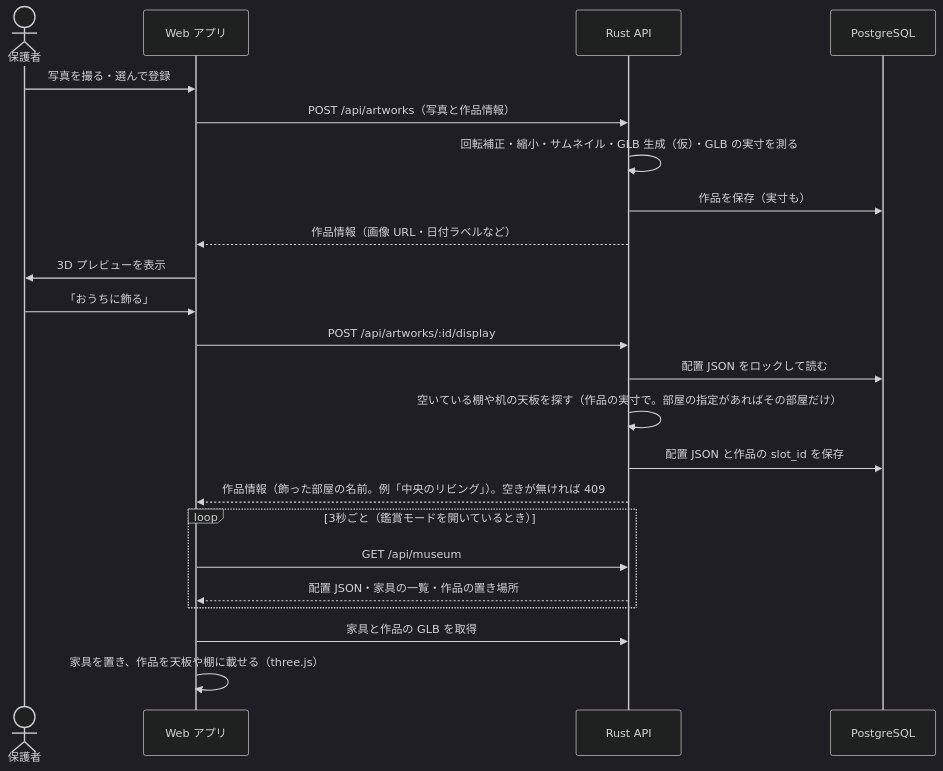
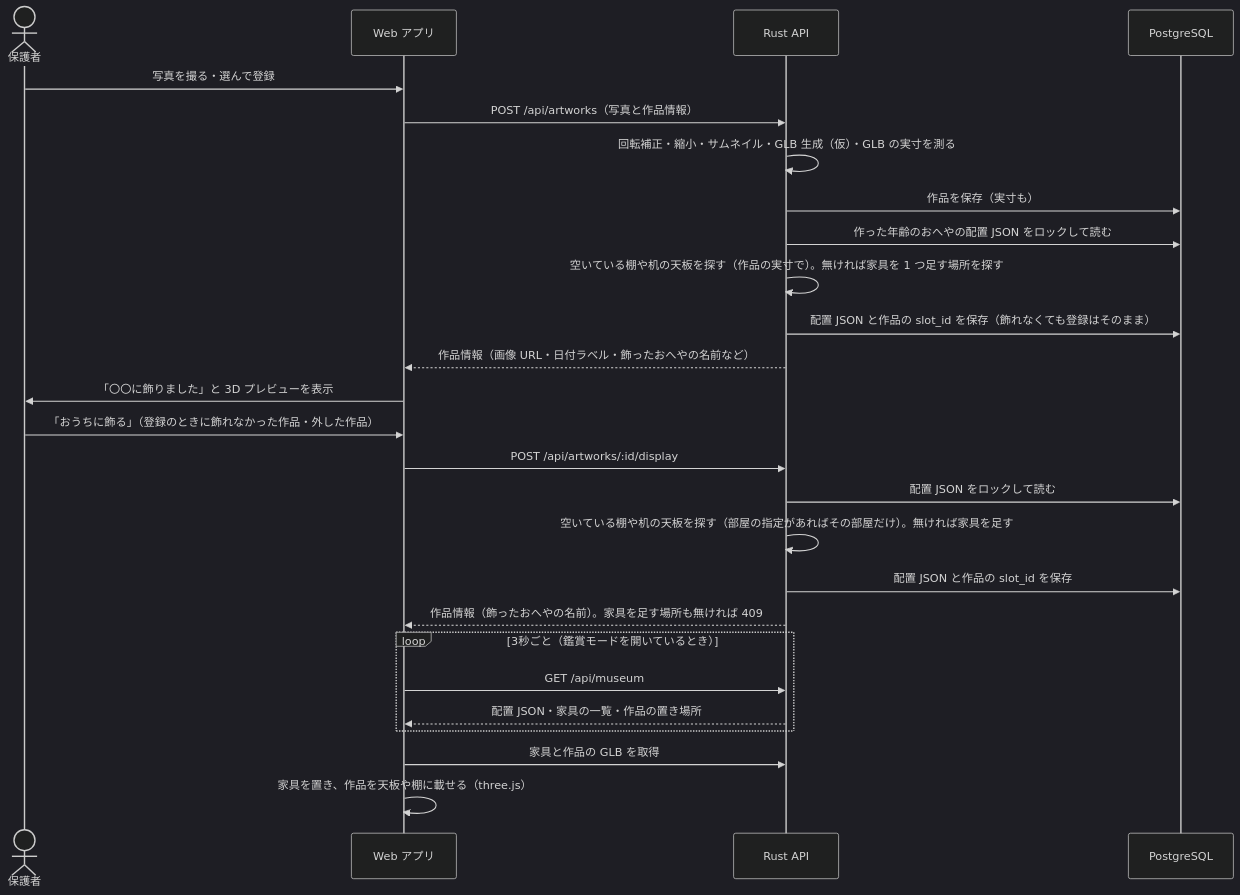
Before and after one commit to jphacks/tka_2610: the second of 2 diagrams in docs/development.md, drawn with Mermaid (dark theme). The commit also changed other lines of this file and 2 other files, not shown here.

````diff
--- a/docs/development.md
+++ b/docs/development.md
@@ -134,28 +134,31 @@
 ```mermaid
 sequenceDiagram
   actor User as 保護者
   participant Web as Web アプリ
   participant Rust as Rust API
   participant DB as PostgreSQL
 
   User->>Web: 写真を撮る・選んで登録
   Web->>Rust: POST /api/artworks（写真と作品情報）
   Rust->>Rust: 回転補正・縮小・サムネイル・GLB 生成（仮）・GLB の実寸を測る
   Rust->>DB: 作品を保存（実寸も）
-  Rust-->>Web: 作品情報（画像 URL・日付ラベルなど）
-  Web->>User: 3D プレビューを表示
+  Rust->>DB: 作った年齢のおへやの配置 JSON をロックして読む
+  Rust->>Rust: 空いている棚や机の天板を探す（作品の実寸で）。無ければ家具を 1 つ足す場所を探す
+  Rust->>DB: 配置 JSON と作品の slot_id を保存（飾れなくても登録はそのまま）
+  Rust-->>Web: 作品情報（画像 URL・日付ラベル・飾ったおへやの名前など）
+  Web->>User: 「〇〇に飾りました」と 3D プレビューを表示
 
-  User->>Web: 「おうちに飾る」
+  User->>Web: 「おうちに飾る」（登録のときに飾れなかった作品・外した作品）
   Web->>Rust: POST /api/artworks/:id/display
   Rust->>DB: 配置 JSON をロックして読む
-  Rust->>Rust: 空いている棚や机の天板を探す（作品の実寸で。部屋の指定があればその部屋だけ）
+  Rust->>Rust: 空いている棚や机の天板を探す（部屋の指定があればその部屋だけ）。無ければ家具を足す
   Rust->>DB: 配置 JSON と作品の slot_id を保存
-  Rust-->>Web: 作品情報（飾った部屋の名前。例「中央のリビング」）。空きが無ければ 409
+  Rust-->>Web: 作品情報（飾ったおへやの名前）。家具を足す場所も無ければ 409
 
   loop 3秒ごと（鑑賞モードを開いているとき）
     Web->>Rust: GET /api/museum
     Rust-->>Web: 配置 JSON・家具の一覧・作品の置き場所
   end
   Web->>Rust: 家具と作品の GLB を取得
   Web->>Web: 家具を置き、作品を天板や棚に載せる（three.js）
 ```
````
